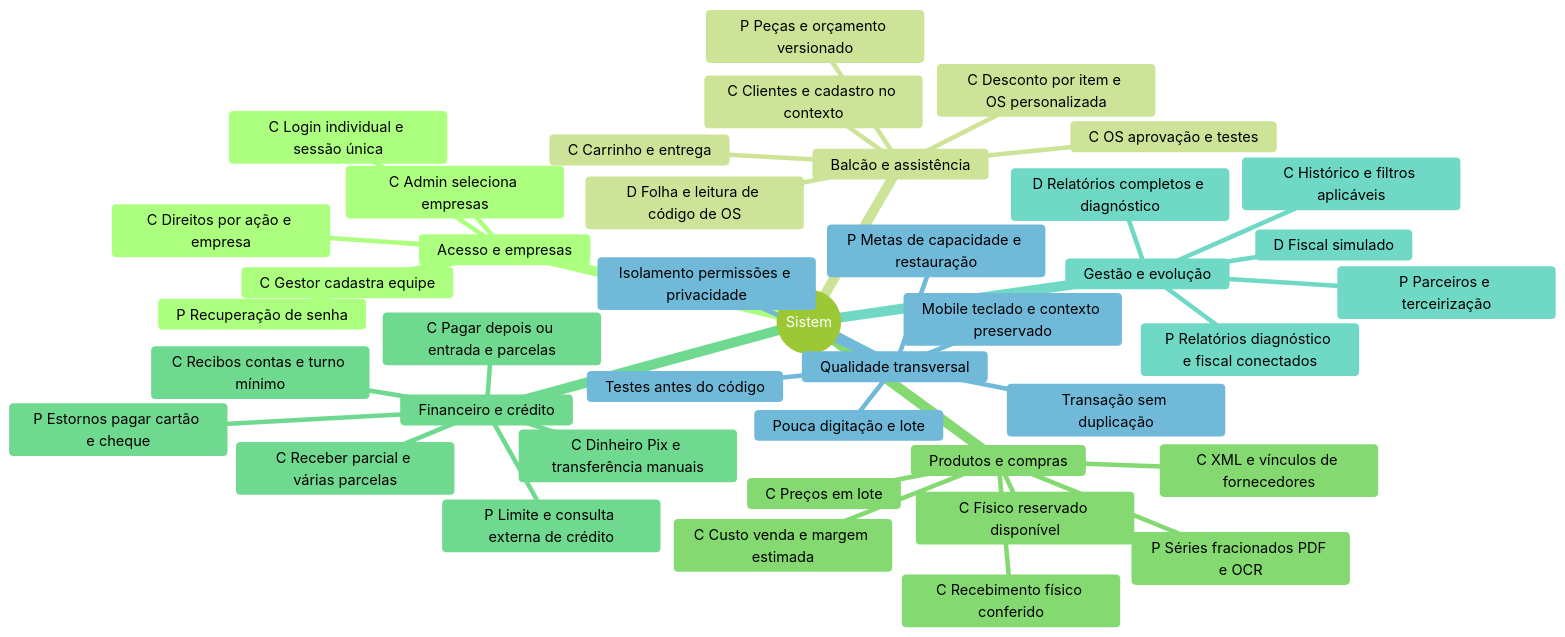
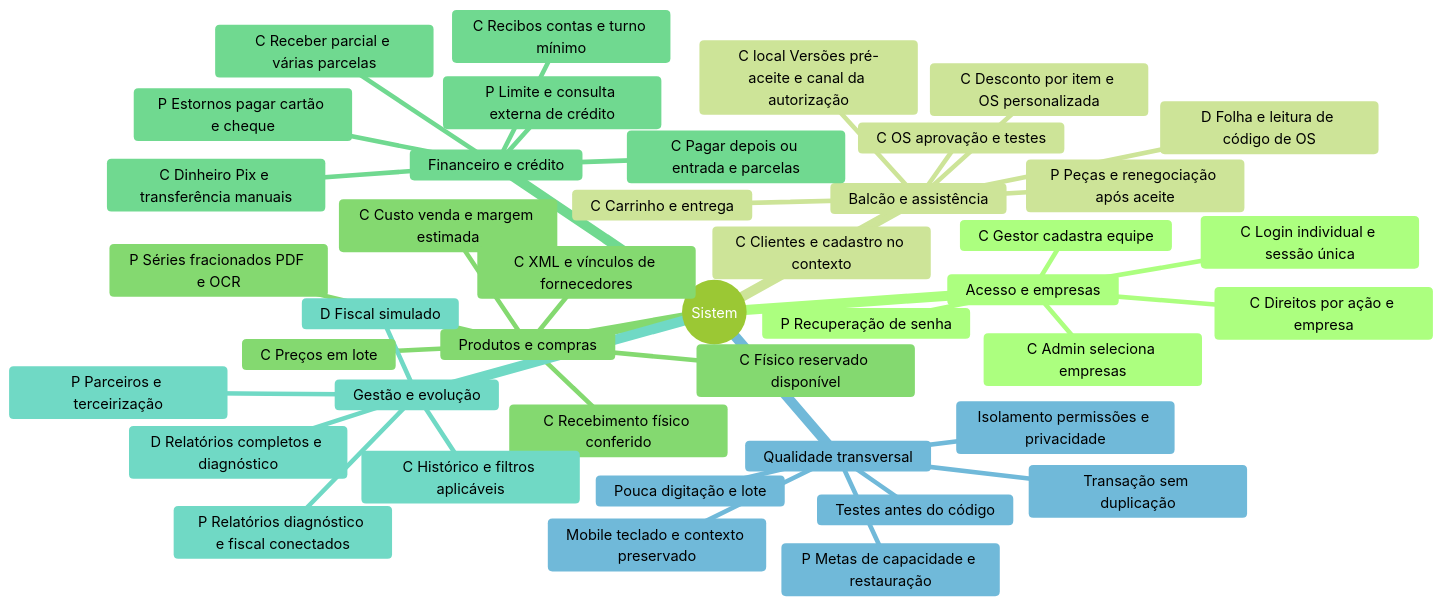
The diagram in docs/18-mapa-mental.md (bernardo-kra/SistemNF-e), drawn with Mermaid (forest theme) before and after one commit. The commit also changed other lines of this file and 87 other files, not shown here.

````diff
--- a/docs/18-mapa-mental.md
+++ b/docs/18-mapa-mental.md
@@ -9,44 +11,45 @@
 ```mermaid
 mindmap
   root((Sistem))
     Acesso e empresas
       C Login individual e sessão única
       C Admin seleciona empresas
       C Gestor cadastra equipe
       C Direitos por ação e empresa
       P Recuperação de senha
     Balcão e assistência
       C Clientes e cadastro no contexto
       C Carrinho e entrega
       C Desconto por item e OS personalizada
       C OS aprovação e testes
       D Folha e leitura de código de OS
-      P Peças e orçamento versionado
+      C local Versões pré-aceite e canal da autorização
+      P Peças e renegociação após aceite
     Produtos e compras
       C Custo venda e margem estimada
       C Preços em lote
       C XML e vínculos de fornecedores
       C Recebimento físico conferido
       C Físico reservado disponível
       P Séries fracionados PDF e OCR
     Financeiro e crédito
       C Pagar depois ou entrada e parcelas
       C Receber parcial e várias parcelas
       C Dinheiro Pix e transferência manuais
       C Recibos contas e turno mínimo
       P Limite e consulta externa de crédito
       P Estornos pagar cartão e cheque
     Gestão e evolução
       C Histórico e filtros aplicáveis
       D Relatórios completos e diagnóstico
       D Fiscal simulado
       P Relatórios diagnóstico e fiscal conectados
       P Parceiros e terceirização
     Qualidade transversal
       Isolamento permissões e privacidade
       Transação sem duplicação
       Pouca digitação e lote
       Mobile teclado e contexto preservado
       Testes antes do código
       P Metas de capacidade e restauração
 ```
````
